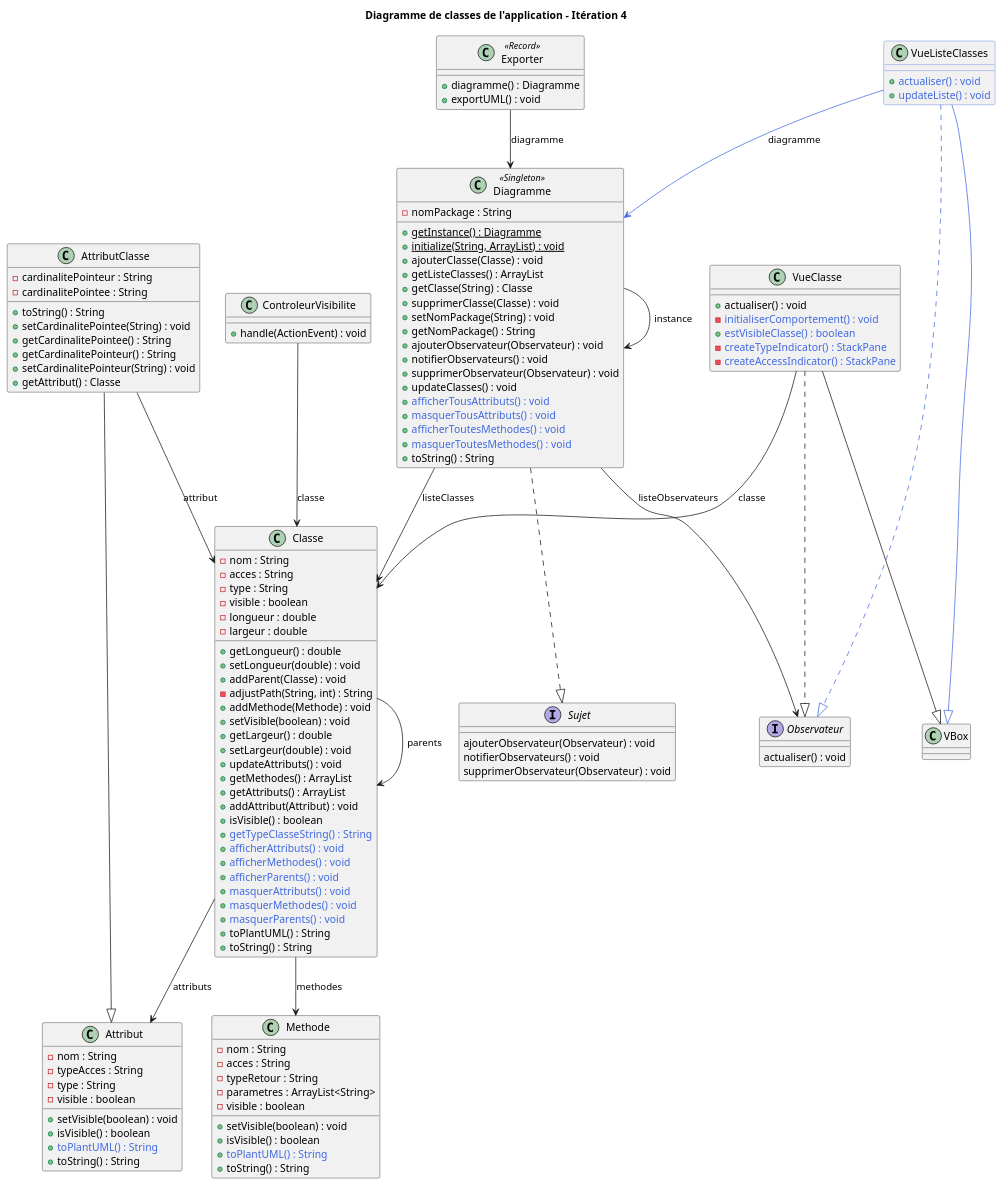
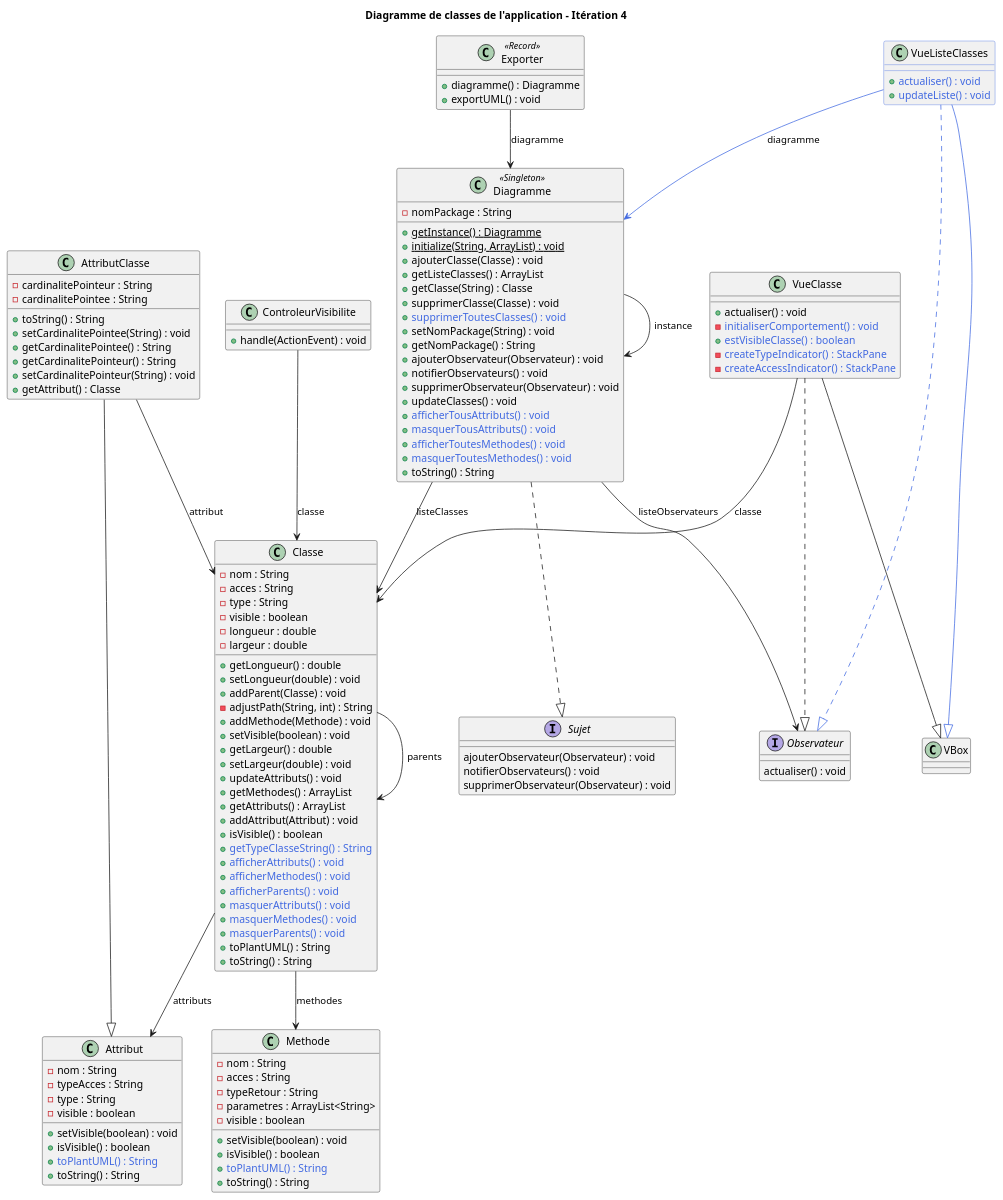
The diagram in documents/iteration4/diagramme_classes_global.puml (remi-choffat/S3-01), drawn with PlantUML before and after one commit. The commit also changed 2 other files, not shown here.

Commit message:
Possibilité de supprimer des classes du diagramme

```diff
--- a/documents/iteration4/diagramme_classes_global.puml
+++ b/documents/iteration4/diagramme_classes_global.puml
@@ -1,138 +1,139 @@
 @startuml
 title Diagramme de classes de l'application - Itération 4
 
 class Diagramme <<Singleton>> {
 -nomPackage : String
 + {static} getInstance() : Diagramme
 + {static}initialize(String, ArrayList) : void
 + ajouterClasse(Classe) : void
 + getListeClasses() : ArrayList
 + getClasse(String) : Classe
 + supprimerClasse(Classe) : void
++<color:royalBlue>supprimerToutesClasses() : void
 + setNomPackage(String) : void
 + getNomPackage() : String
 + ajouterObservateur(Observateur) : void
 + notifierObservateurs() : void
 + supprimerObservateur(Observateur) : void
 + updateClasses() : void
 +<color:royalBlue>afficherTousAttributs() : void
 +<color:royalBlue>masquerTousAttributs() : void
 +<color:royalBlue>afficherToutesMethodes() : void
 +<color:royalBlue>masquerToutesMethodes() : void
 + toString() : String
 }
 Diagramme ..|> Sujet
 Diagramme --> Classe : listeClasses
 Diagramme --> Diagramme : instance
 Diagramme --> Observateur : listeObservateurs
 
 class Attribut {
 -nom : String
 -typeAcces : String
 -type : String
 -visible : boolean
 + setVisible(boolean) : void
 + isVisible() : boolean
 +<color:royalBlue>toPlantUML() : String
 + toString() : String
 }
 
 class AttributClasse {
 -cardinalitePointeur : String
 -cardinalitePointee : String
 + toString() : String
 + setCardinalitePointee(String) : void
 + getCardinalitePointee() : String
 + getCardinalitePointeur() : String
 + setCardinalitePointeur(String) : void
 + getAttribut() : Classe
 }
 AttributClasse --|> Attribut
 AttributClasse --> Classe : attribut
 
 class Methode {
 -nom : String
 -acces : String
 -typeRetour : String
 -parametres : ArrayList<String>
 -visible : boolean
 + setVisible(boolean) : void
 + isVisible() : boolean
 +<color:royalBlue>toPlantUML() : String
 + toString() : String
 }
 
 class Exporter <<Record>> {
 + diagramme() : Diagramme
 + exportUML() : void
 }
 Exporter --> Diagramme : diagramme
 
 class Classe {
 -nom : String
 -acces : String
 -type : String
 -visible : boolean
 -longueur : double
 -largeur : double
 + getLongueur() : double
 + setLongueur(double) : void
 + addParent(Classe) : void
 - adjustPath(String, int) : String
 + addMethode(Methode) : void
 + setVisible(boolean) : void
 + getLargeur() : double
 + setLargeur(double) : void
 + updateAttributs() : void
 + getMethodes() : ArrayList
 + getAttributs() : ArrayList
 + addAttribut(Attribut) : void
 + isVisible() : boolean
 +<color:royalBlue>getTypeClasseString() : String
 +<color:royalBlue>afficherAttributs() : void
 +<color:royalBlue>afficherMethodes() : void
 +<color:royalBlue>afficherParents() : void
 +<color:royalBlue>masquerAttributs() : void
 +<color:royalBlue>masquerMethodes() : void
 +<color:royalBlue>masquerParents() : void
 + toPlantUML() : String
 + toString() : String
 }
 Classe --> Classe : parents
 Classe --> Attribut : attributs
 Classe --> Methode : methodes
 
 interface Sujet {
  ajouterObservateur(Observateur) : void
  notifierObservateurs() : void
  supprimerObservateur(Observateur) : void
 }
 interface Observateur {
  actualiser() : void
 }
 class VueClasse {
 +  actualiser() : void
 -<color:royalBlue>initialiserComportement() : void
 +<color:royalBlue>estVisibleClasse() : boolean
 -<color:royalBlue>createTypeIndicator() : StackPane
 -<color:royalBlue>createAccessIndicator() : StackPane
 }
 VueClasse ..|> Observateur
 VueClasse --|> VBox
 VueClasse --> Classe : classe
 
 class ControleurVisibilite {
 + handle(ActionEvent) : void
 }
 ControleurVisibilite --> Classe : classe
 
 
 class VueListeClasses ##royalBlue {
 +<color:royalBlue>actualiser() : void
 +<color:royalBlue>updateListe() : void
 }
 VueListeClasses .[#royalBlue].|> Observateur
 VueListeClasses -[#royalBlue]-|> VBox
 VueListeClasses -[#royalBlue]-> Diagramme : diagramme
 
 @enduml
```
